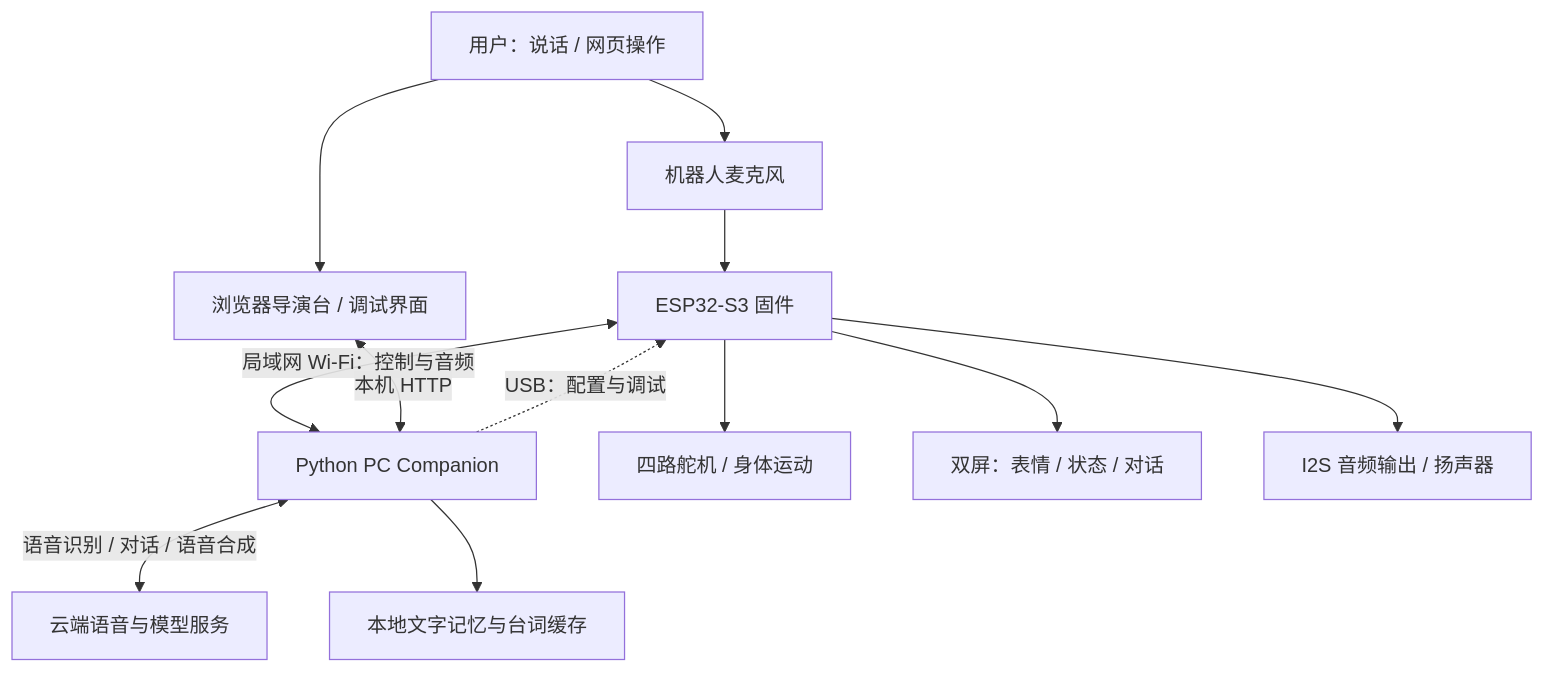
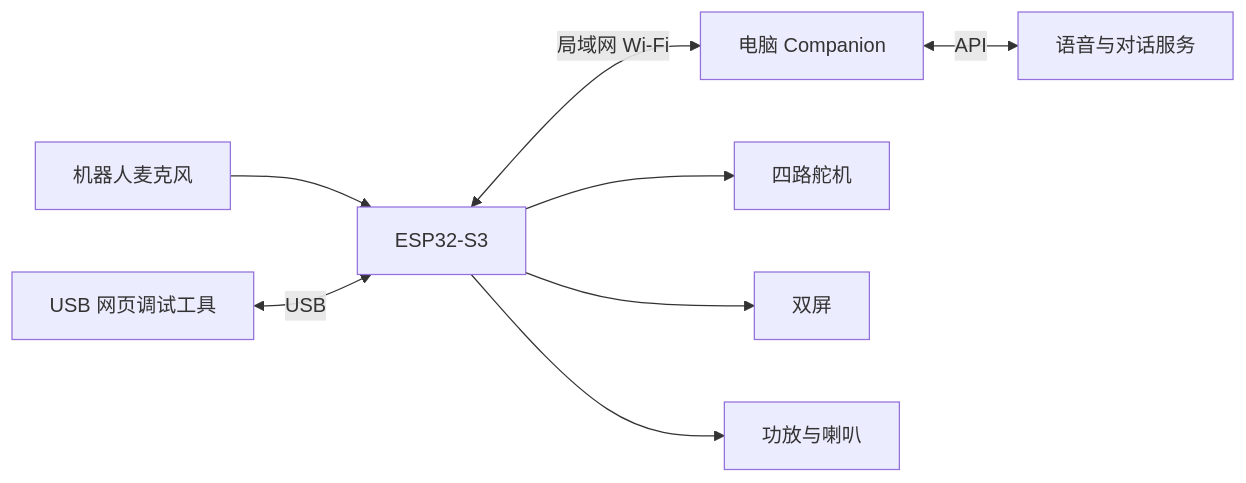
The diagram in README.md (doubleZ-dev/project-tars-software), drawn with Mermaid before and after one commit. The commit also changed other lines of this file and 29 other files, not shown here.

````diff
--- a/README.md
+++ b/README.md
@@ -31,14 +48,10 @@
 ```mermaid
-flowchart TD
-    U[用户：说话 / 网页操作] --> MIC[机器人麦克风]
-    U --> WEB[浏览器导演台 / 调试界面]
-    MIC --> ESP[ESP32-S3 固件]
-    ESP <-->|局域网 Wi-Fi：控制与音频| PC[Python PC Companion]
-    WEB <-->|本机 HTTP| PC
-    PC <-->|语音识别 / 对话 / 语音合成| CLOUD[云端语音与模型服务]
-    PC --> MEMORY[本地文字记忆与台词缓存]
-    ESP --> MOTOR[四路舵机 / 身体运动]
-    ESP --> LCD[双屏：表情 / 状态 / 对话]
-    ESP --> SPK[I2S 音频输出 / 扬声器]
-    PC -.->|USB：配置与调试| ESP
+flowchart LR
+  MIC[机器人麦克风] --> ESP[ESP32-S3]
+  ESP <-->|局域网 Wi-Fi| PC[电脑 Companion]
+  PC <-->|API| CLOUD[语音与对话服务]
+  USB[USB 网页调试工具] <-->|USB| ESP
+  ESP --> SERVO[四路舵机]
+  ESP --> LCD[双屏]
+  ESP --> SPK[功放与喇叭]
 ```
````
